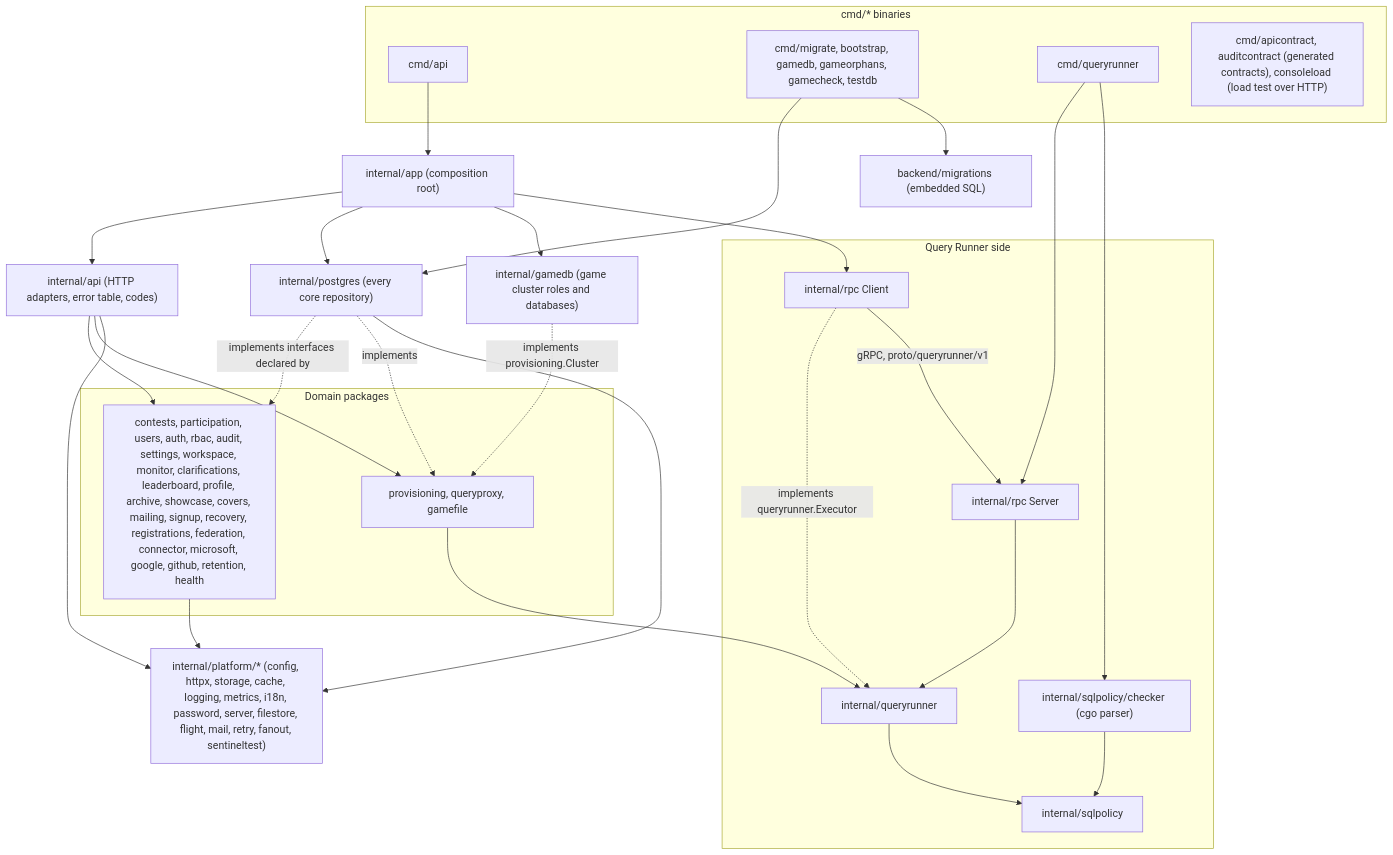
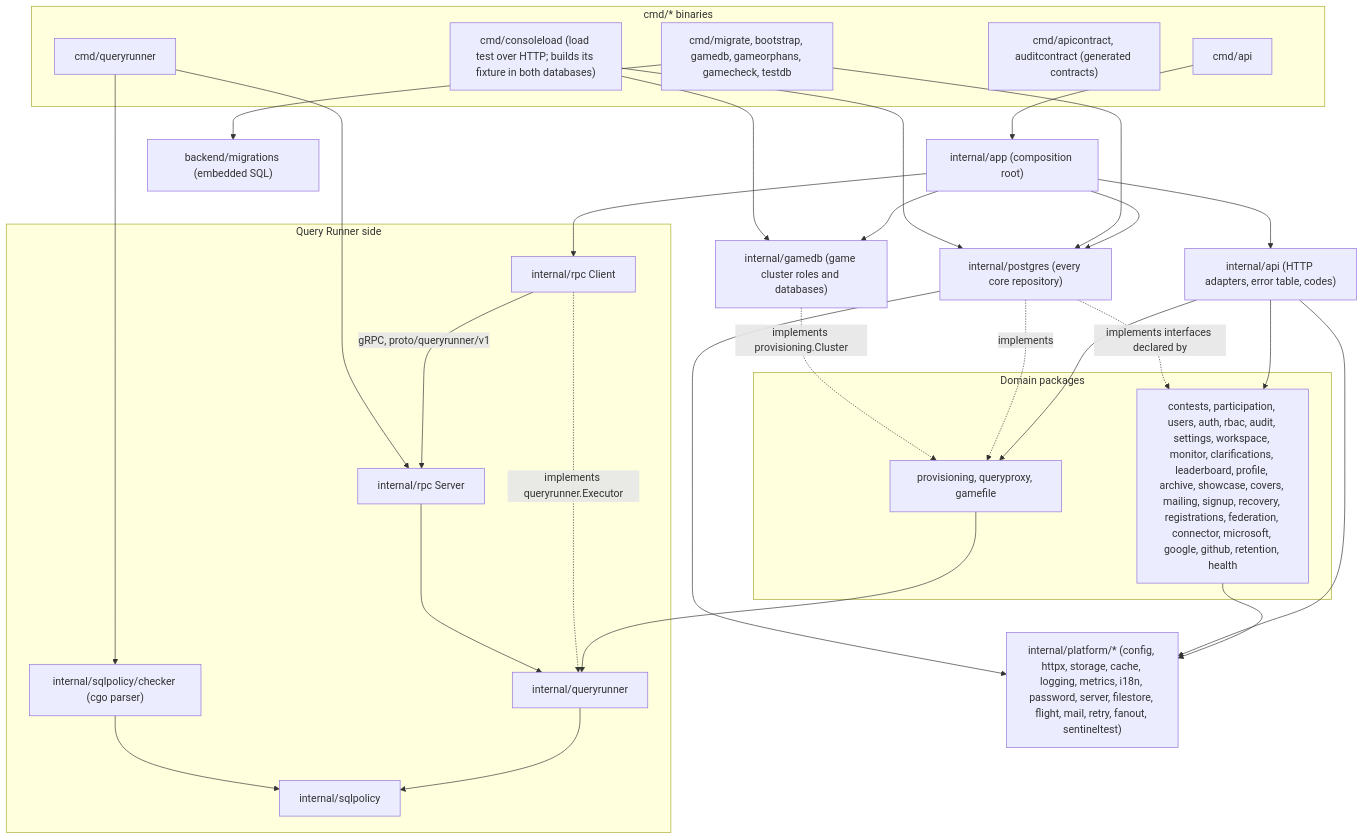
The diagram in docs/guide/04-backend.md (devrdn/olymp-db-platform), drawn with Mermaid before and after one commit. The commit also changed 3 other files, not shown here.

````diff
--- a/docs/guide/04-backend.md
+++ b/docs/guide/04-backend.md
@@ -38,55 +38,58 @@
 ```mermaid
 flowchart TB
   subgraph bins["cmd/* binaries"]
     cmdapi["cmd/api"]
     cmdjobs["cmd/migrate, bootstrap, gamedb, gameorphans, gamecheck, testdb"]
     cmdqr["cmd/queryrunner"]
-    cmdtools["cmd/apicontract, auditcontract (generated contracts), consoleload (load test over HTTP)"]
+    cmdtools["cmd/apicontract, auditcontract (generated contracts)"]
+    cmdload["cmd/consoleload (load test over HTTP; builds its fixture in both databases)"]
   end
 
   app["internal/app (composition root)"]
   api["internal/api (HTTP adapters, error table, codes)"]
 
   subgraph domain["Domain packages"]
     dom["contests, participation, users, auth, rbac, audit, settings, workspace, monitor, clarifications, leaderboard, profile, archive, showcase, covers, mailing, signup, recovery, registrations, federation, connector, microsoft, google, github, retention, health"]
     game["provisioning, queryproxy, gamefile"]
   end
 
   pg["internal/postgres (every core repository)"]
   gamedb["internal/gamedb (game cluster roles and databases)"]
   mig["backend/migrations (embedded SQL)"]
 
   subgraph runner["Query Runner side"]
     client["internal/rpc Client"]
     server["internal/rpc Server"]
     qr["internal/queryrunner"]
     sp["internal/sqlpolicy"]
     chk["internal/sqlpolicy/checker (cgo parser)"]
   end
 
   platform["internal/platform/* (config, httpx, storage, cache, logging, metrics, i18n, password, server, filestore, flight, mail, retry, fanout, sentineltest)"]
 
   cmdapi --> app
   app --> api
   app --> pg
   app --> gamedb
   app --> client
   api --> dom
   api --> game
   pg -.->|"implements interfaces declared by"| dom
   pg -.->|"implements"| game
   gamedb -.->|"implements provisioning.Cluster"| game
   game --> qr
   client -.->|"implements queryrunner.Executor"| qr
   client -->|"gRPC, proto/queryrunner/v1"| server
   cmdqr --> server
   cmdqr --> chk
   server --> qr
   qr --> sp
   chk --> sp
   cmdjobs --> pg
+  cmdload --> pg
+  cmdload --> gamedb
   cmdjobs --> mig
   dom --> platform
   api --> platform
   pg --> platform
 ```
````
